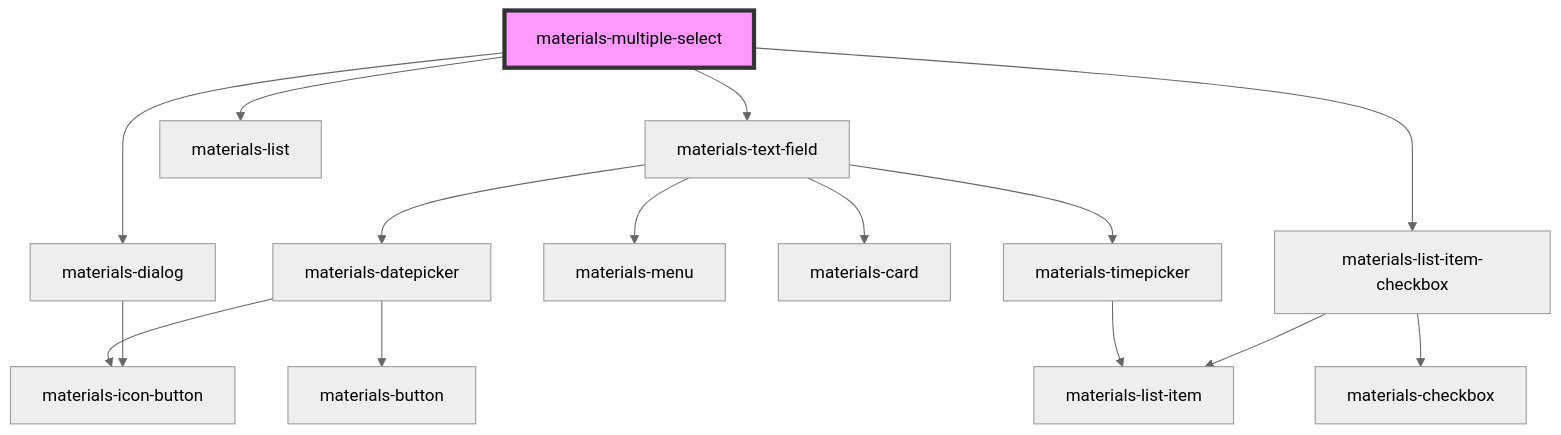
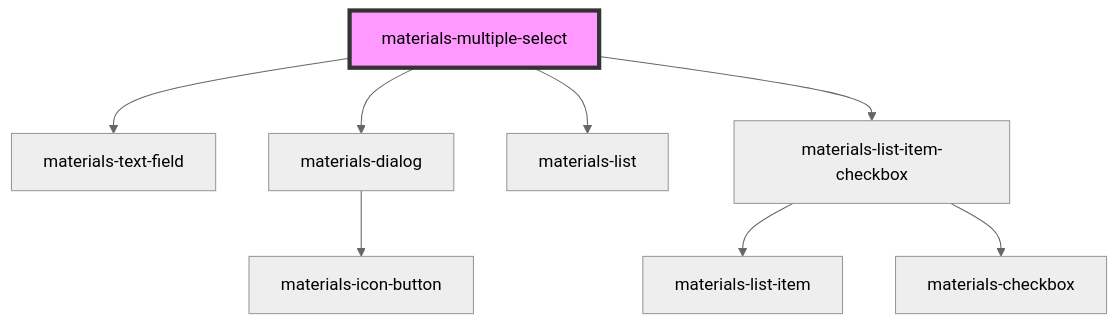
One commit to GMV-centravet/materials-elements changed the diagram in packages/materials/src/components/multiple-select/readme.md. Above: the diagram before and after it, drawn with Mermaid (neutral theme). The commit also changed other lines of this file and 22 other files, not shown here.

````diff
--- a/packages/materials/src/components/multiple-select/readme.md
+++ b/packages/materials/src/components/multiple-select/readme.md
@@ -35,18 +35,11 @@
 ```mermaid
 graph TD;
   materials-multiple-select --> materials-text-field
   materials-multiple-select --> materials-dialog
   materials-multiple-select --> materials-list
   materials-multiple-select --> materials-list-item-checkbox
-  materials-text-field --> materials-menu
-  materials-text-field --> materials-card
-  materials-text-field --> materials-datepicker
-  materials-text-field --> materials-timepicker
-  materials-datepicker --> materials-icon-button
-  materials-datepicker --> materials-button
-  materials-timepicker --> materials-list-item
   materials-dialog --> materials-icon-button
   materials-list-item-checkbox --> materials-list-item
   materials-list-item-checkbox --> materials-checkbox
   style materials-multiple-select fill:#f9f,stroke:#333,stroke-width:4px
 ```
````
